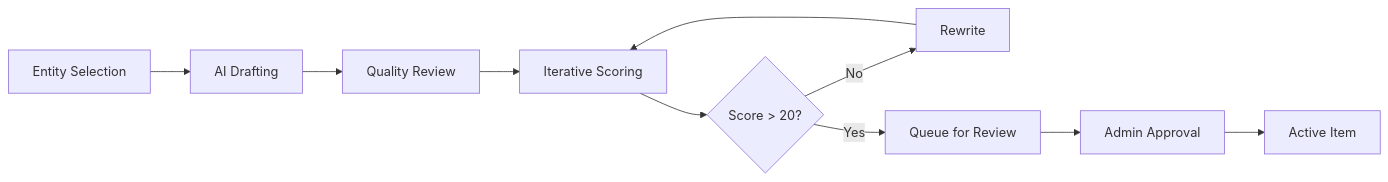
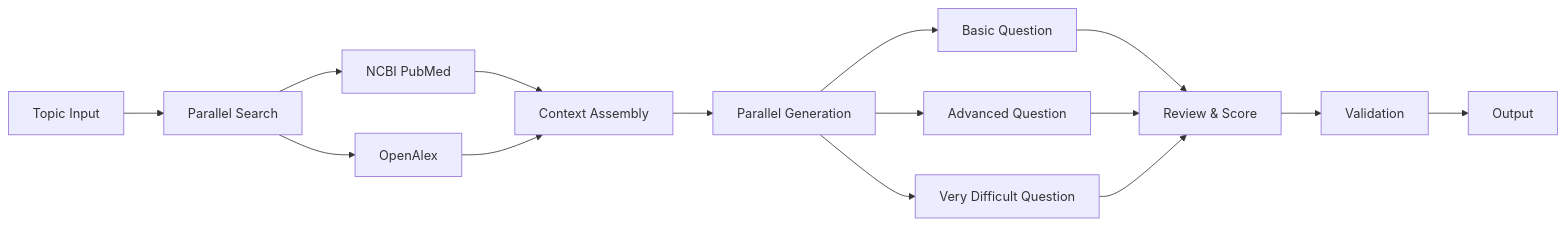
The third of 4 diagrams in product_architecture.md (ramiefathy/PrecisionLearnDerm), drawn with Mermaid before and after one commit. The commit also changed other lines of this file and 230 other files, not shown here.

````diff
--- a/product_architecture.md
+++ b/product_architecture.md
@@ -238,12 +266,17 @@
 ```mermaid
 graph LR
-    A[Entity Selection] --> B[AI Drafting]
-    B --> C[Quality Review]
-    C --> D[Iterative Scoring]
-    D --> E{Score > 20?}
-    E -->|No| F[Rewrite]
-    F --> D
-    E -->|Yes| G[Queue for Review]
-    G --> H[Admin Approval]
-    H --> I[Active Item]
+    A[Topic Input] --> B[Parallel Search]
+    B --> C[NCBI PubMed]
+    B --> D[OpenAlex]
+    C --> E[Context Assembly]
+    D --> E
+    E --> F[Parallel Generation]
+    F --> G[Basic Question]
+    F --> H[Advanced Question]
+    F --> I[Very Difficult Question]
+    G --> J[Review & Score]
+    H --> J
+    I --> J
+    J --> K[Validation]
+    K --> L[Output]
 ```
````
